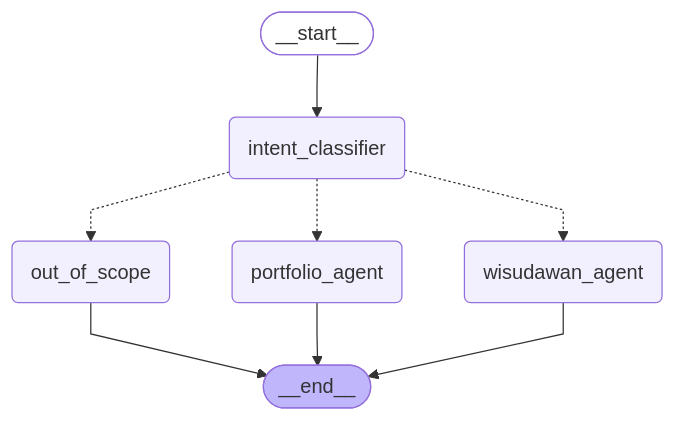
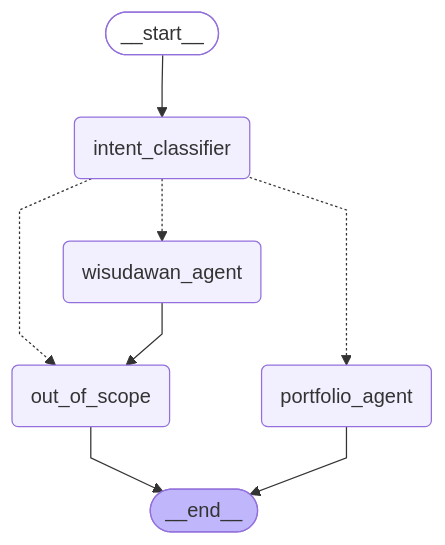
Before and after one commit to kaylanamira/itb-portofolio-agent: the diagram in diagram/main_graph.mermaid, drawn with Mermaid. The commit also changed 24 other files, not shown here.

Commit message:
refactor: implement react agent execution flow with structured planning and reasoning nodes

```diff
--- a/diagram/main_graph.mermaid
+++ b/diagram/main_graph.mermaid
@@ -1,22 +1,22 @@
 ---
 config:
   flowchart:
     curve: linear
 ---
 graph TD;
 	__start__([<p>__start__</p>]):::first
 	intent_classifier(intent_classifier)
 	portfolio_agent(portfolio_agent)
 	wisudawan_agent(wisudawan_agent)
 	out_of_scope(out_of_scope)
 	__end__([<p>__end__</p>]):::last
 	__start__ --> intent_classifier;
 	intent_classifier -.-> out_of_scope;
 	intent_classifier -.-> portfolio_agent;
 	intent_classifier -.-> wisudawan_agent;
+	wisudawan_agent --> out_of_scope;
 	out_of_scope --> __end__;
 	portfolio_agent --> __end__;
-	wisudawan_agent --> __end__;
 	classDef default fill:#f2f0ff,line-height:1.2
 	classDef first fill-opacity:0
 	classDef last fill:#bfb6fc
```
